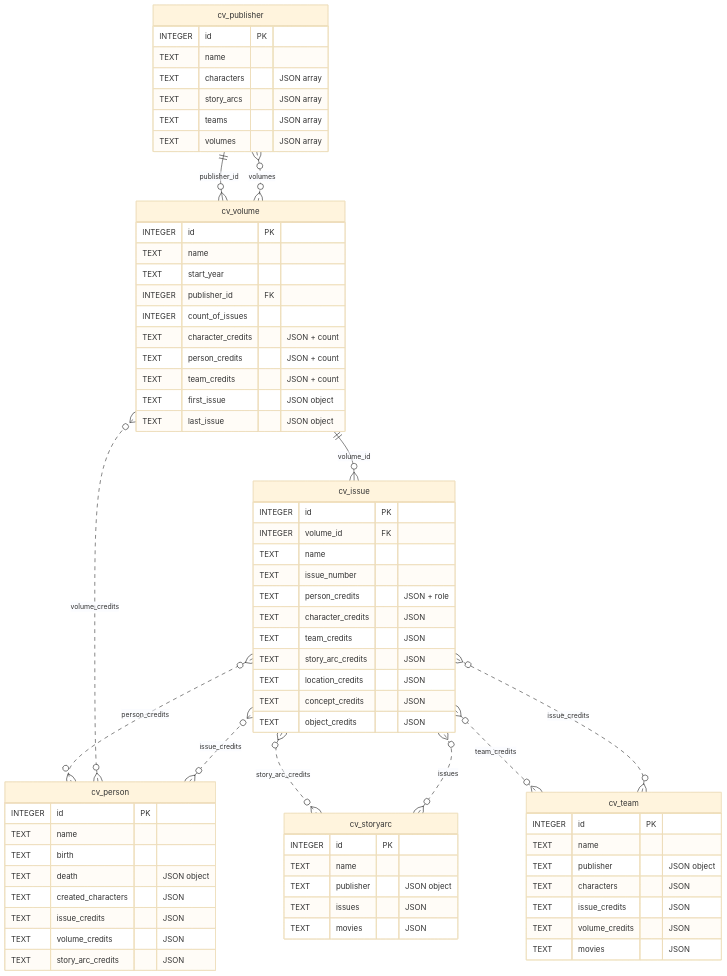
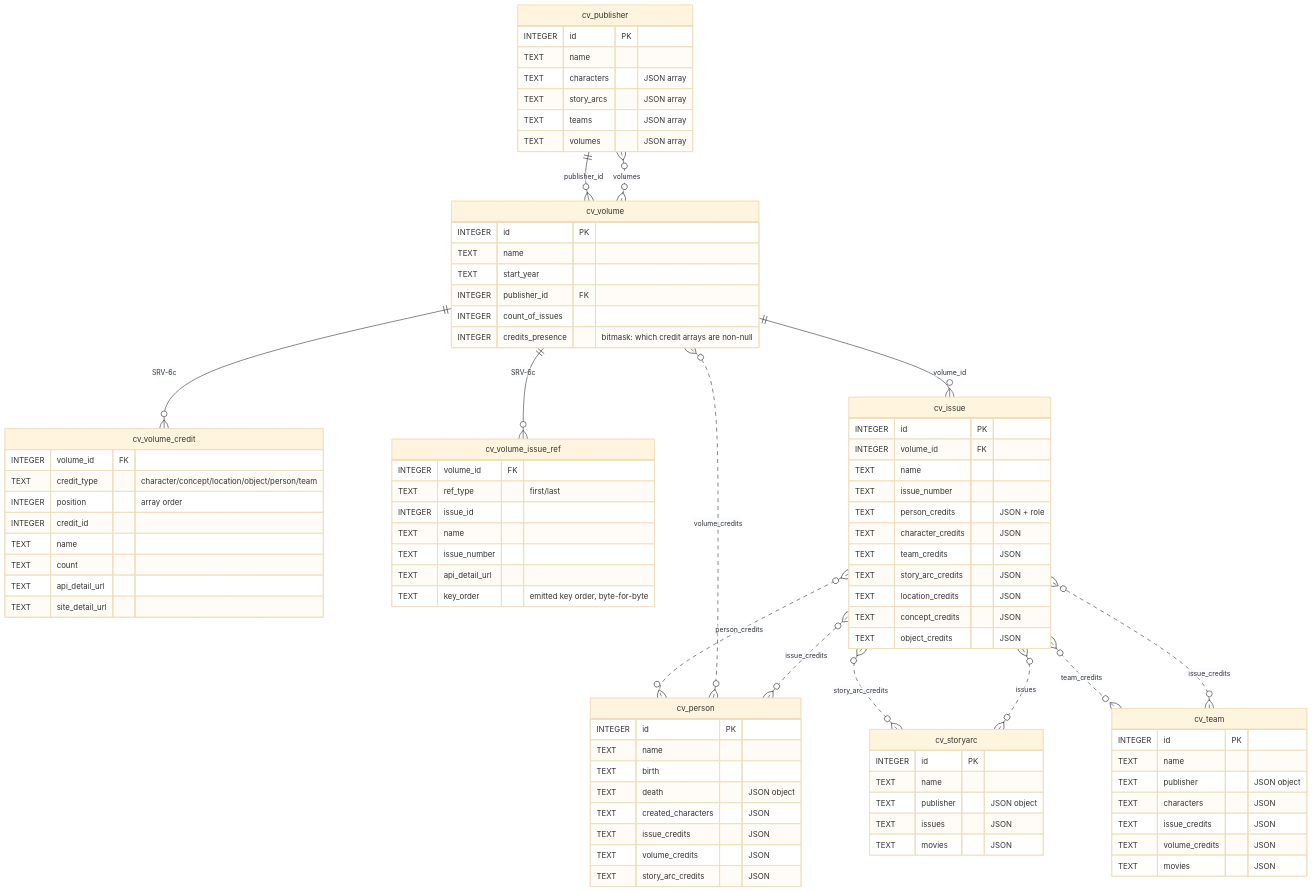
One commit to javabits-github/local-comicvine-api changed the third of 3 diagrams in docs/architecture.md. Above: the diagram before and after it, drawn with Mermaid (base theme). The commit also changed other lines of this file and 5 other files, not shown here.

Commit message:
SRV-6c reorganize cv_volume table to use n:n relationships

```diff
--- a/docs/architecture.md
+++ b/docs/architecture.md
@@ -105,11 +105,26 @@
         TEXT start_year
         INTEGER publisher_id FK
         INTEGER count_of_issues
-        TEXT character_credits "JSON + count"
-        TEXT person_credits "JSON + count"
-        TEXT team_credits "JSON + count"
-        TEXT first_issue "JSON object"
-        TEXT last_issue "JSON object"
+        INTEGER credits_presence "bitmask: which credit arrays are non-null"
+    }
+    cv_volume_credit {
+        INTEGER volume_id FK
+        TEXT credit_type "character/concept/location/object/person/team"
+        INTEGER position "array order"
+        INTEGER credit_id
+        TEXT name
+        TEXT count
+        TEXT api_detail_url
+        TEXT site_detail_url
+    }
+    cv_volume_issue_ref {
+        INTEGER volume_id FK
+        TEXT ref_type "first/last"
+        INTEGER issue_id
+        TEXT name
+        TEXT issue_number
+        TEXT api_detail_url
+        TEXT key_order "emitted key order, byte-for-byte"
     }
     cv_issue {
         INTEGER id PK
@@ -153,6 +168,8 @@
 
     cv_volume ||--o{ cv_issue : volume_id
     cv_publisher ||--o{ cv_volume : publisher_id
+    cv_volume ||--o{ cv_volume_credit : "SRV-6c"
+    cv_volume ||--o{ cv_volume_issue_ref : "SRV-6c"
     cv_issue }o..o{ cv_person : person_credits
     cv_issue }o..o{ cv_storyarc : story_arc_credits
     cv_issue }o..o{ cv_team : team_credits
```
